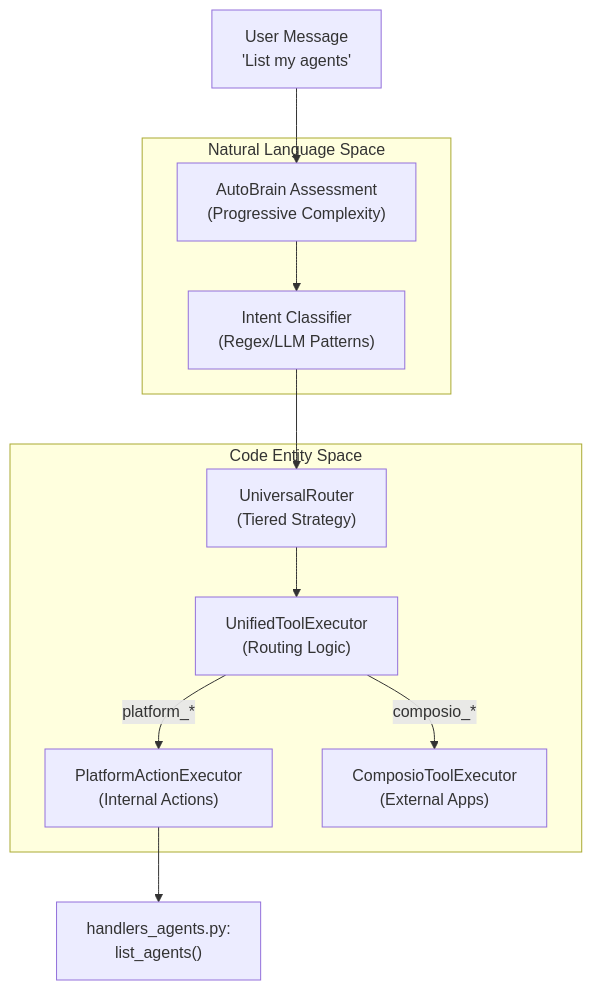
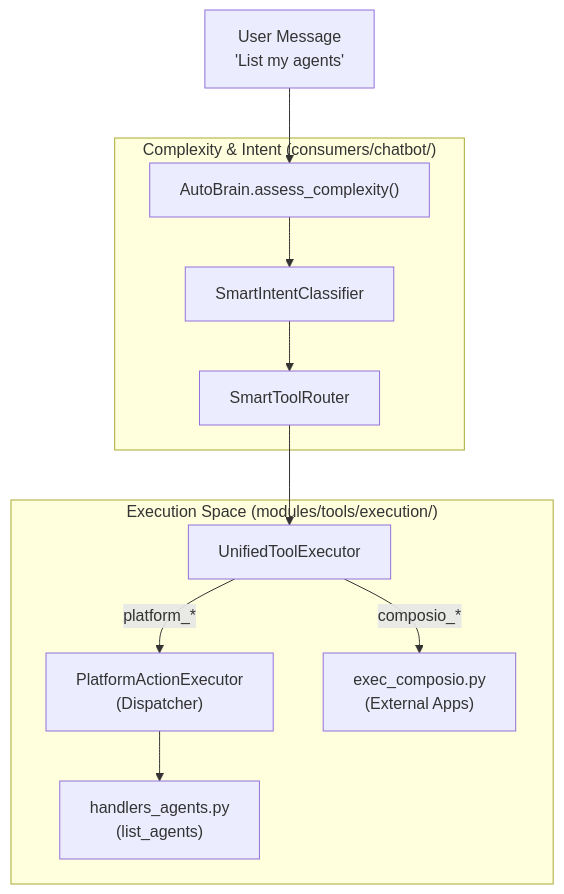
The first of 2 diagrams in docs/tools-integrations/tool-router-execution.md (AutomatosAI/automatos-ai), drawn with Mermaid before and after one commit. The commit also changed other lines of this file and 153 other files, not shown here.

````diff
--- a/docs/tools-integrations/tool-router-execution.md
+++ b/docs/tools-integrations/tool-router-execution.md
@@ -51,26 +45,26 @@
 ```mermaid
 graph TD
     User["User Message<br/>'List my agents'"]
     
-    subgraph "Natural Language Space"
-        AutoBrain["AutoBrain Assessment<br/>(Progressive Complexity)"]
-        Intent["Intent Classifier<br/>(Regex/LLM Patterns)"]
+    subgraph "Complexity & Intent (consumers/chatbot/)"
+        Auto["AutoBrain.assess_complexity()"]
+        Classifier["SmartIntentClassifier"]
+        Router["SmartToolRouter"]
     end
     
-    subgraph "Code Entity Space"
-        Router["UniversalRouter<br/>(Tiered Strategy)"]
-        UnifiedExec["UnifiedToolExecutor<br/>(Routing Logic)"]
-        PlatformExec["PlatformActionExecutor<br/>(Internal Actions)"]
-        ComposioExec["ComposioToolExecutor<br/>(External Apps)"]
+    subgraph "Execution Space (modules/tools/execution/)"
+        Unified["UnifiedToolExecutor"]
+        PlatformExec["PlatformActionExecutor<br/>(Dispatcher)"]
+        AgentHandlers["handlers_agents.py<br/>(list_agents)"]
+        CompExec["exec_composio.py<br/>(External Apps)"]
     end
     
-    User --> AutoBrain
-    AutoBrain --> Intent
-    Intent --> Router
-    Router --> UnifiedExec
+    User --> Auto
+    Auto --> Classifier
+    Classifier --> Router
+    Router --> Unified
     
-    UnifiedExec -->|"platform_*"| PlatformExec
-    UnifiedExec -->|"composio_*"| ComposioExec
-    
-    PlatformExec --> Handler["handlers_agents.py:<br/>list_agents()"]
+    Unified -->|"platform_*"| PlatformExec
+    PlatformExec --> AgentHandlers
+    Unified -->|"composio_*"| CompExec
 ```
````
